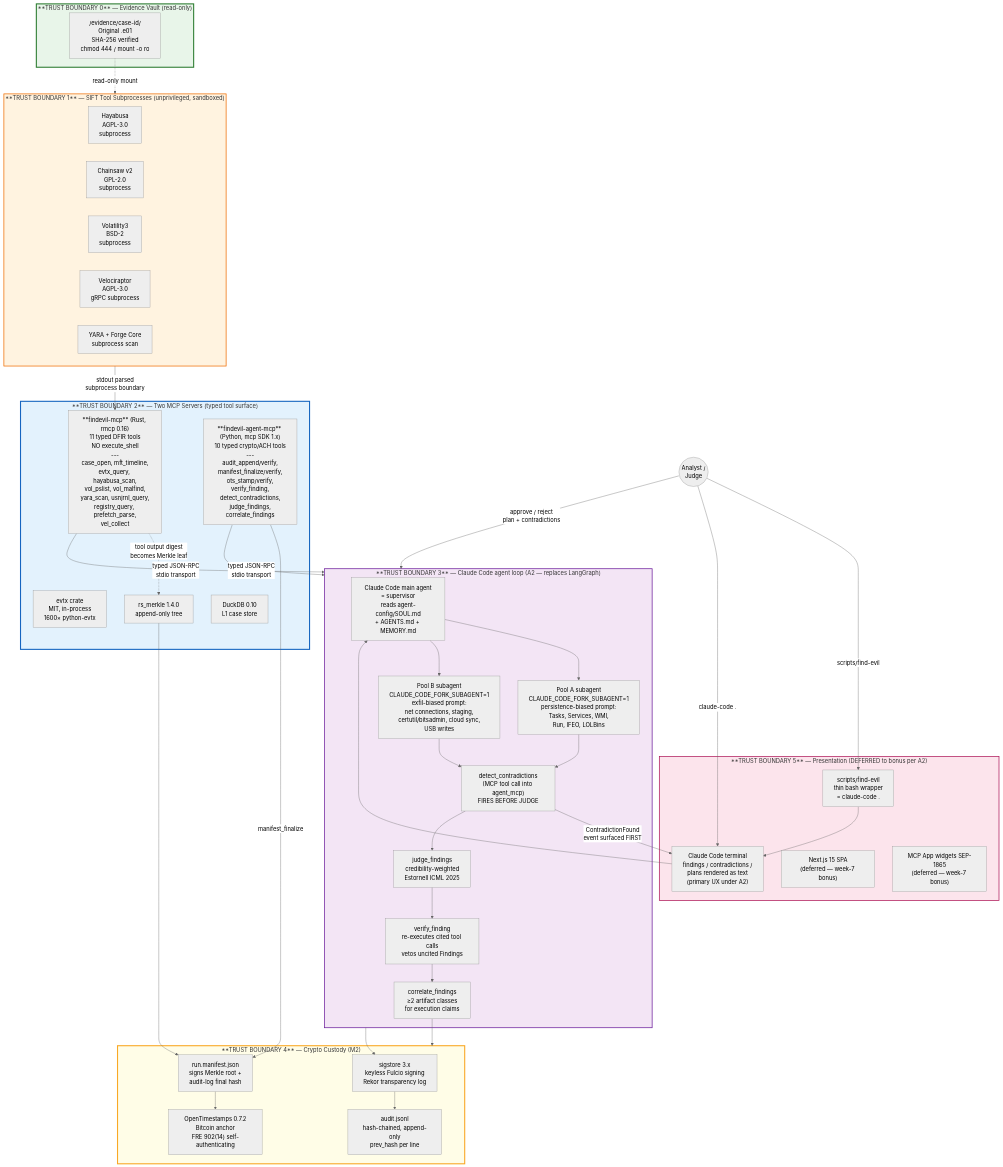
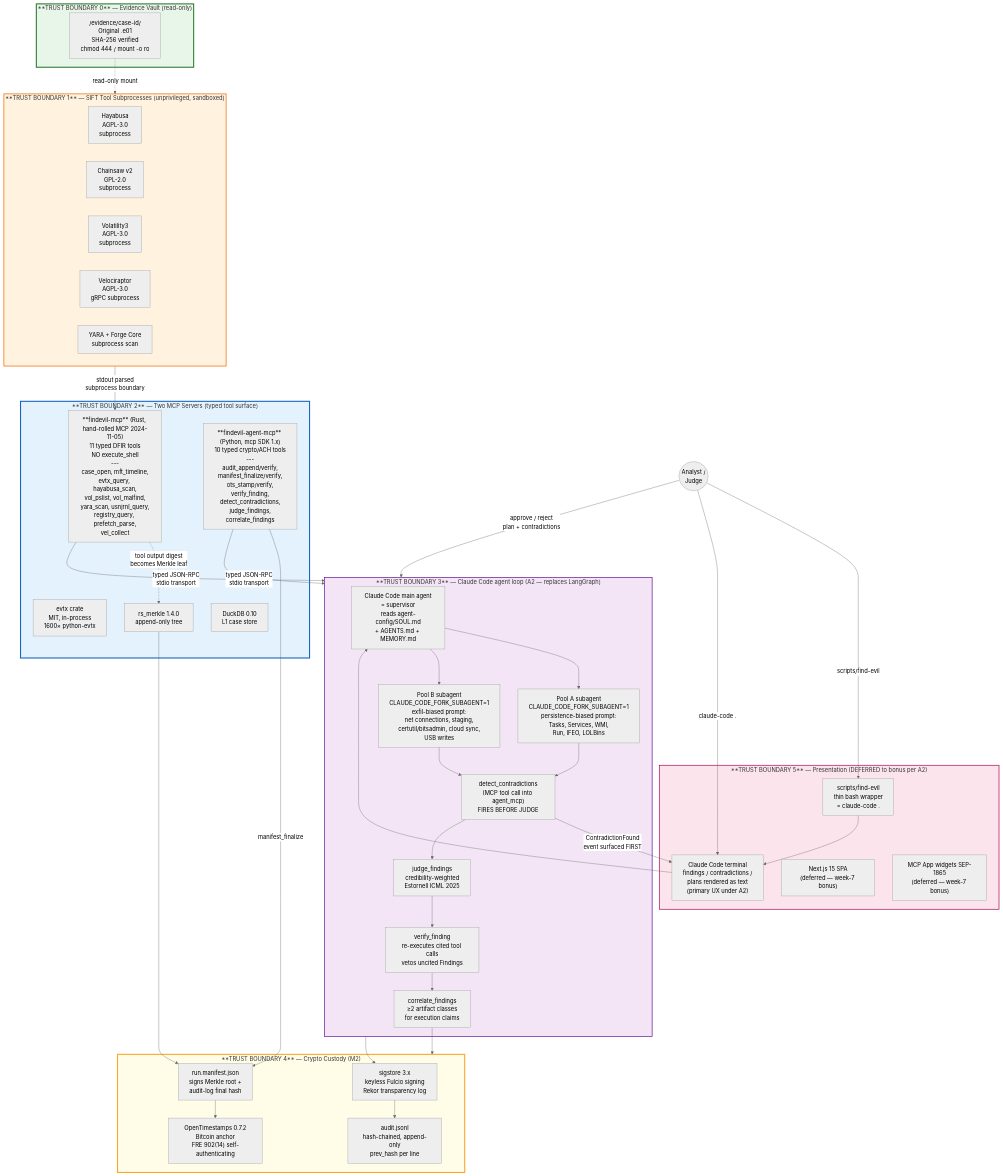
The first of 3 diagrams in docs/architecture.md (TimothyVang/sans-hackathon), drawn with Mermaid (neutral theme) before and after one commit. The commit also changed 3 other files, not shown here.

First line of the commit message:
docs+ci: code-review fixes — rmcp claim / Vol3 license / EVTX magic byte / A2 content guard

```diff
--- a/docs/architecture.md
+++ b/docs/architecture.md
@@ -30,13 +30,13 @@
     subgraph Trust1["**TRUST BOUNDARY 1** — SIFT Tool Subprocesses (unprivileged, sandboxed)"]
         Hayabusa[Hayabusa<br/>AGPL-3.0<br/>subprocess]
         Chainsaw[Chainsaw v2<br/>GPL-2.0<br/>subprocess]
-        Volatility[Volatility3<br/>BSD-2<br/>subprocess]
+        Volatility[Volatility3<br/>AGPL-3.0<br/>subprocess]
         Velociraptor[Velociraptor<br/>AGPL-3.0<br/>gRPC subprocess]
         YARA[YARA + Forge Core<br/>subprocess scan]
     end
 
     subgraph Trust2["**TRUST BOUNDARY 2** — Two MCP Servers (typed tool surface)"]
-        RustMcp["**findevil-mcp** (Rust, rmcp 0.16)<br/>11 typed DFIR tools<br/>NO execute_shell<br/>---<br/>case_open, mft_timeline,<br/>evtx_query, hayabusa_scan,<br/>vol_pslist, vol_malfind,<br/>yara_scan, usnjrnl_query,<br/>registry_query, prefetch_parse,<br/>vel_collect"]
+        RustMcp["**findevil-mcp** (Rust, hand-rolled MCP 2024-11-05)<br/>11 typed DFIR tools<br/>NO execute_shell<br/>---<br/>case_open, mft_timeline,<br/>evtx_query, hayabusa_scan,<br/>vol_pslist, vol_malfind,<br/>yara_scan, usnjrnl_query,<br/>registry_query, prefetch_parse,<br/>vel_collect"]
         AgentMcp["**findevil-agent-mcp** (Python, mcp SDK 1.x)<br/>10 typed crypto/ACH tools<br/>---<br/>audit_append/verify,<br/>manifest_finalize/verify,<br/>ots_stamp/verify,<br/>verify_finding,<br/>detect_contradictions,<br/>judge_findings,<br/>correlate_findings"]
         EvtxCrate["evtx crate<br/>MIT, in-process<br/>1600× python-evtx"]
         Merkle["rs_merkle 1.4.0<br/>append-only tree"]
```
